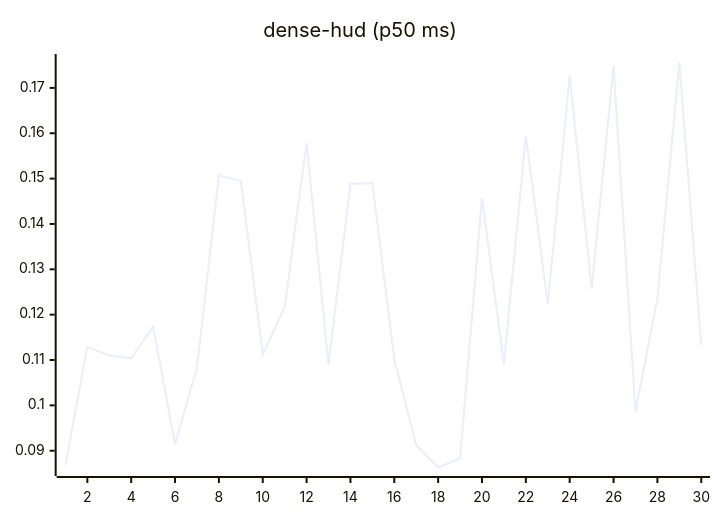
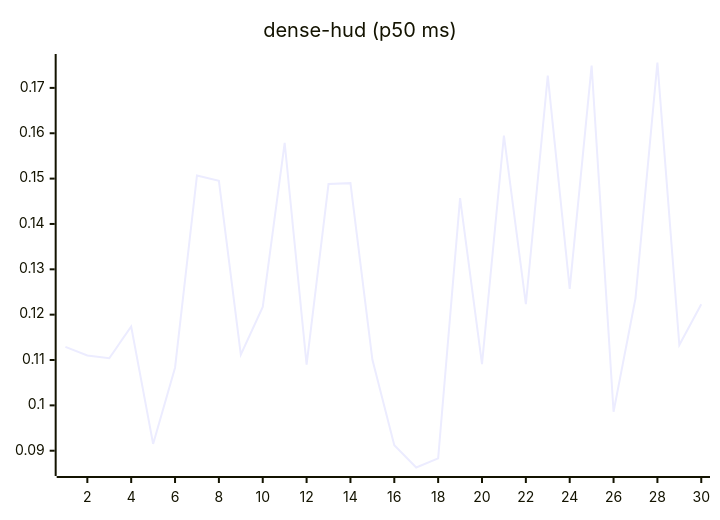
Before and after one commit to josha/Facet: the eighth of 27 diagrams in README.md, drawn with Mermaid. The commit also changed other lines of this file and 2 other files, not shown here.

````diff
--- a/README.md
+++ b/README.md
@@ -112,6 +112,6 @@
 ```mermaid
 xychart-beta
     title "dense-hud (p50 ms)"
     x-axis 1 --> 30
-    line [0.0868, 0.1129, 0.1110, 0.1104, 0.1174, 0.0915, 0.1083, 0.1507, 0.1495, 0.1112, 0.1217, 0.1579, 0.1090, 0.1488, 0.1490, 0.1101, 0.0912, 0.0863, 0.0883, 0.1457, 0.1091, 0.1595, 0.1223, 0.1727, 0.1257, 0.1749, 0.0986, 0.1236, 0.1756, 0.1133]
+    line [0.1129, 0.1110, 0.1104, 0.1174, 0.0915, 0.1083, 0.1507, 0.1495, 0.1112, 0.1217, 0.1579, 0.1090, 0.1488, 0.1490, 0.1101, 0.0912, 0.0863, 0.0883, 0.1457, 0.1091, 0.1595, 0.1223, 0.1727, 0.1257, 0.1749, 0.0986, 0.1236, 0.1756, 0.1133, 0.1223]
 ```
````
